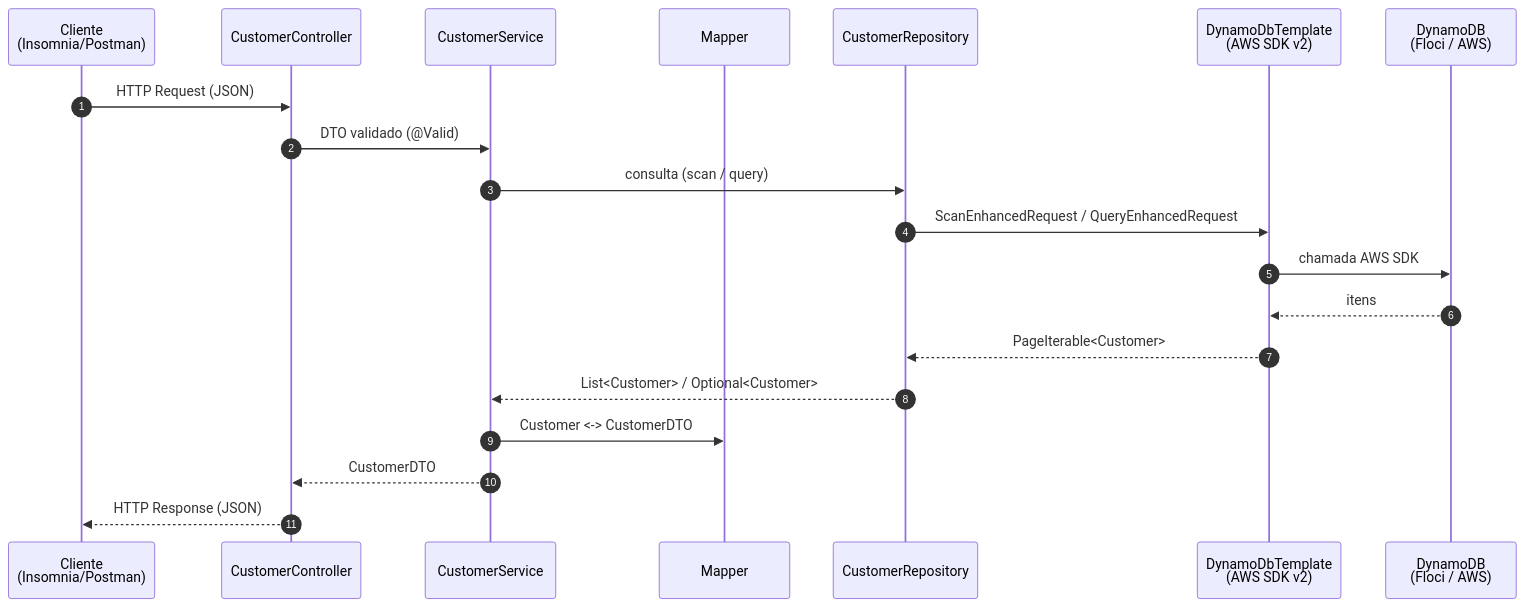
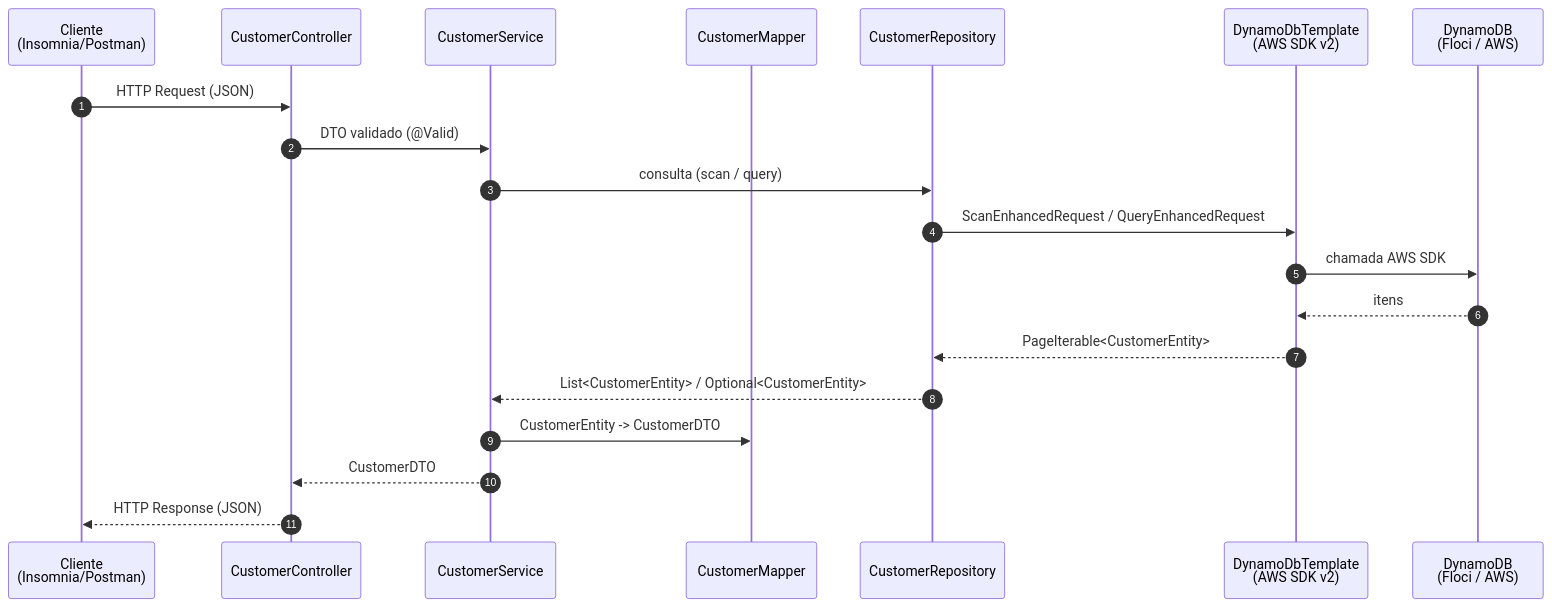
The diagram in README.md (marcuskeller/dynamodb), drawn with Mermaid before and after one commit. The commit also changed other lines of this file and 15 other files, not shown here.

Commit message:
feat: refactor Customer model to CustomerEntity, update related classes and tests for consistency

````diff
--- a/README.md
+++ b/README.md
@@ -102,24 +102,24 @@
 ```mermaid
 sequenceDiagram
     autonumber
 
     participant C as Cliente<br/>(Insomnia/Postman)
     participant CT as CustomerController
     participant S as CustomerService
-    participant M as Mapper
+    participant M as CustomerMapper
     participant R as CustomerRepository
     participant T as DynamoDbTemplate<br/>(AWS SDK v2)
     participant DB as DynamoDB<br/>(Floci / AWS)
 
     C->>CT: HTTP Request (JSON)
     CT->>S: DTO validado (@Valid)
     S->>R: consulta (scan / query)
     R->>T: ScanEnhancedRequest / QueryEnhancedRequest
     T->>DB: chamada AWS SDK
     DB-->>T: itens
-    T-->>R: PageIterable<Customer>
-    R-->>S: List<Customer> / Optional<Customer>
-    S->>M: Customer <-> CustomerDTO
+    T-->>R: PageIterable<CustomerEntity>
+    R-->>S: List<CustomerEntity> / Optional<CustomerEntity>
+    S->>M: CustomerEntity -> CustomerDTO
     S-->>CT: CustomerDTO
     CT-->>C: HTTP Response (JSON)
 ```
````
